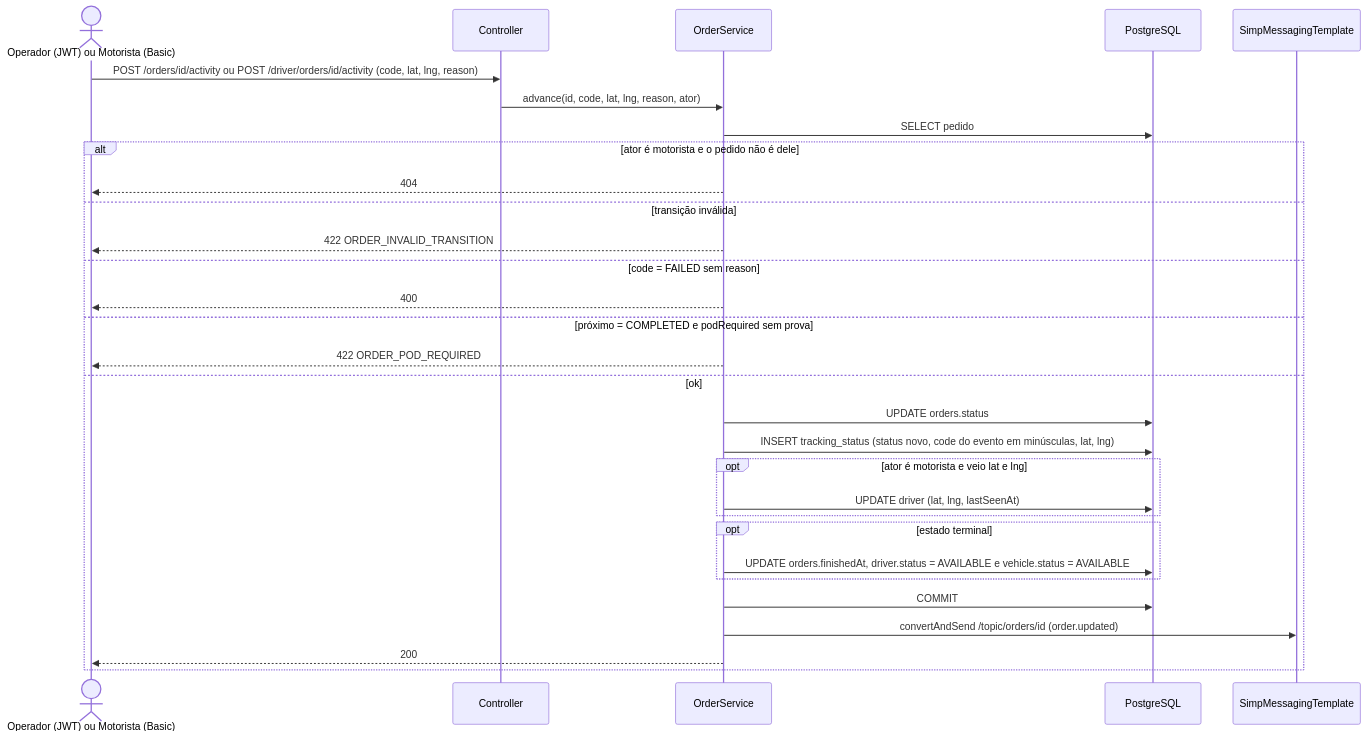
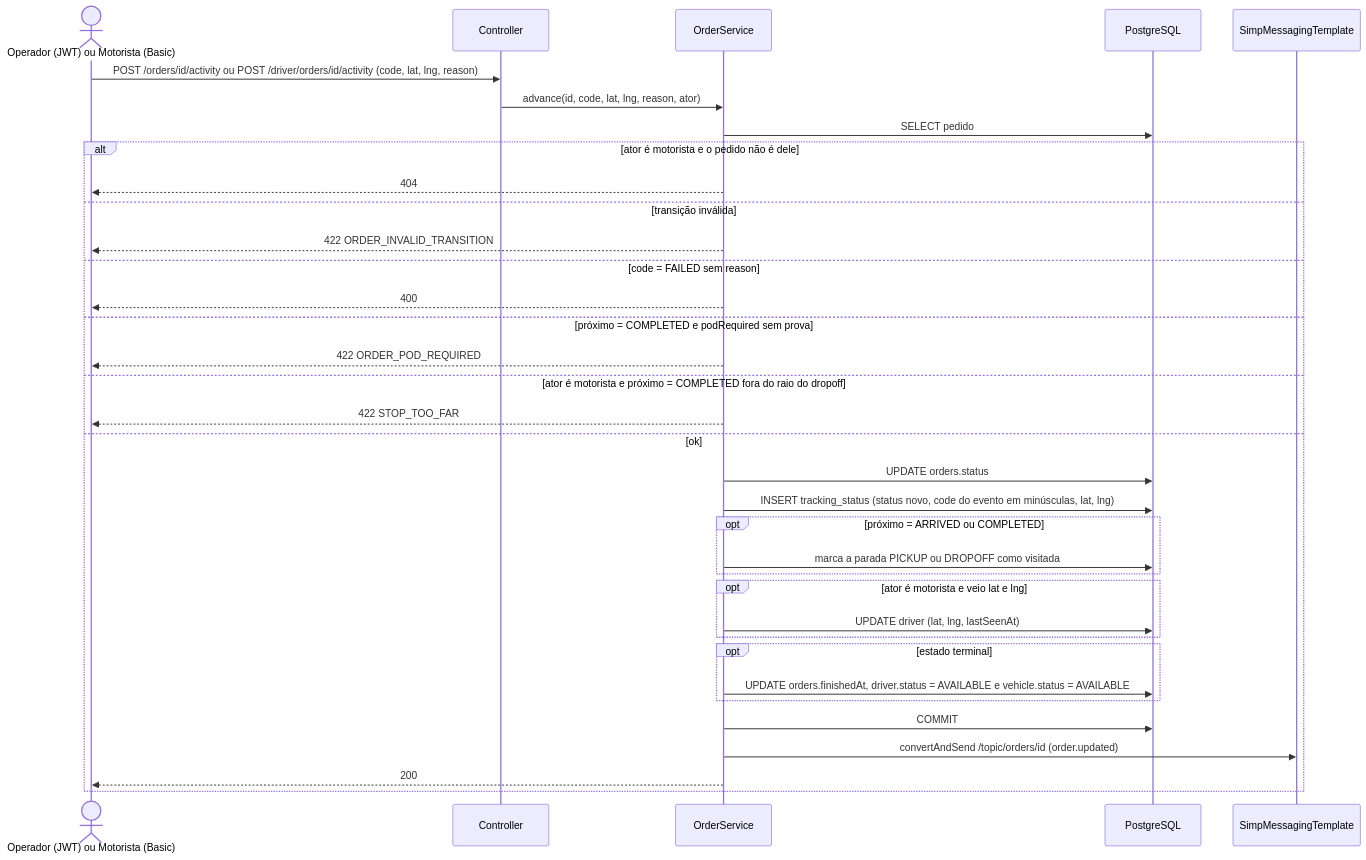
The fifth of 18 diagrams in docs/flows.md (Edryck/kj-fleets), drawn with Mermaid before and after one commit. The commit also changed other lines of this file and 4 other files, not shown here.

````diff
--- a/docs/flows.md
+++ b/docs/flows.md
@@ -107,33 +107,38 @@
 ```mermaid
 sequenceDiagram
     actor A as Operador (JWT) ou Motorista (Basic)
     participant C as Controller
     participant S as OrderService
     participant DB as PostgreSQL
     participant WS as SimpMessagingTemplate
 
     A->>C: POST /orders/id/activity ou POST /driver/orders/id/activity (code, lat, lng, reason)
     C->>S: advance(id, code, lat, lng, reason, ator)
     S->>DB: SELECT pedido
     alt ator é motorista e o pedido não é dele
         S-->>A: 404
     else transição inválida
         S-->>A: 422 ORDER_INVALID_TRANSITION
     else code = FAILED sem reason
         S-->>A: 400
     else próximo = COMPLETED e podRequired sem prova
         S-->>A: 422 ORDER_POD_REQUIRED
+    else ator é motorista e próximo = COMPLETED fora do raio do dropoff
+        S-->>A: 422 STOP_TOO_FAR
     else ok
         S->>DB: UPDATE orders.status
         S->>DB: INSERT tracking_status (status novo, code do evento em minúsculas, lat, lng)
+        opt próximo = ARRIVED ou COMPLETED
+            S->>DB: marca a parada PICKUP ou DROPOFF como visitada
+        end
         opt ator é motorista e veio lat e lng
             S->>DB: UPDATE driver (lat, lng, lastSeenAt)
         end
         opt estado terminal
             S->>DB: UPDATE orders.finishedAt, driver.status = AVAILABLE e vehicle.status = AVAILABLE
         end
         S->>DB: COMMIT
         S->>WS: convertAndSend /topic/orders/id (order.updated)
         S-->>A: 200
     end
 ```
````
